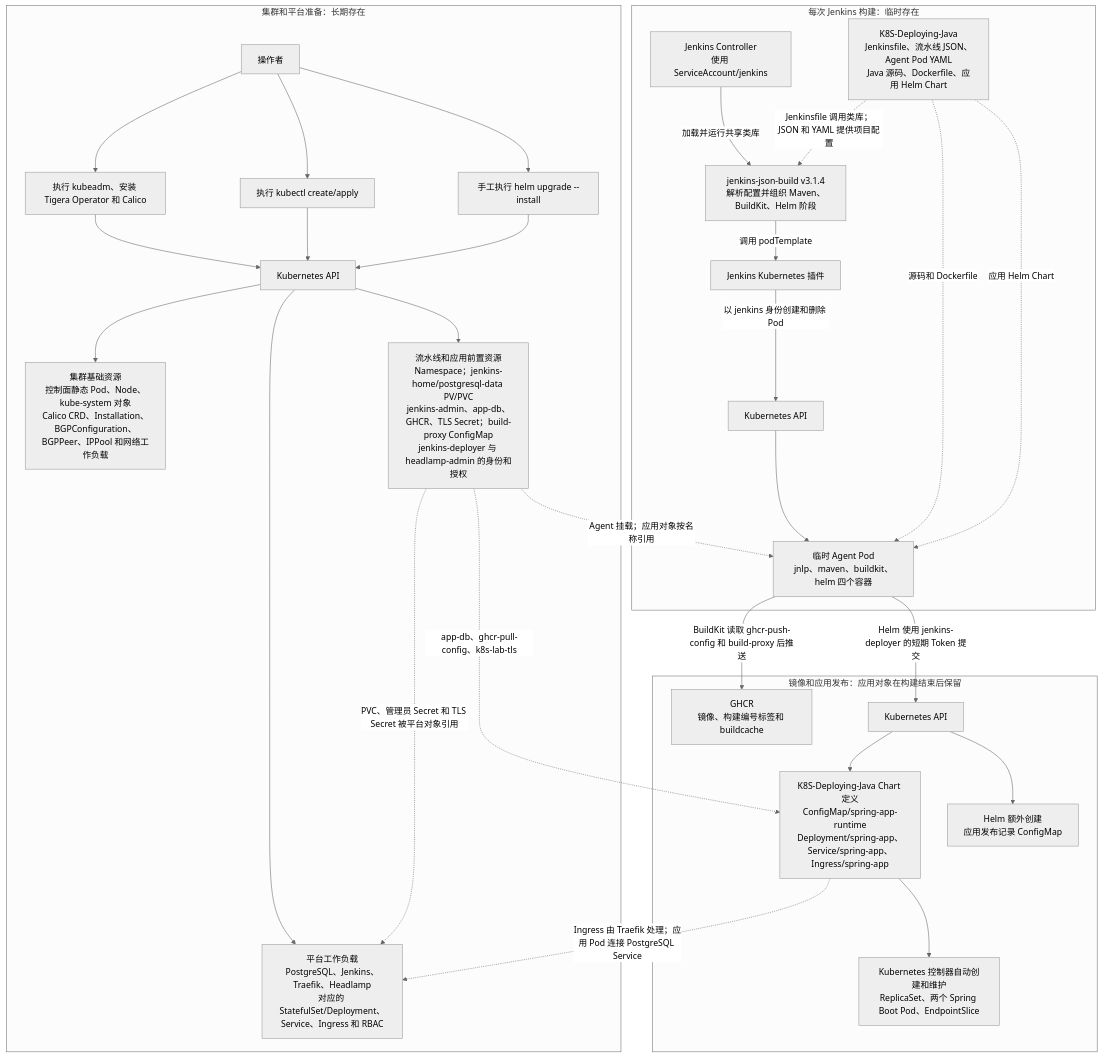
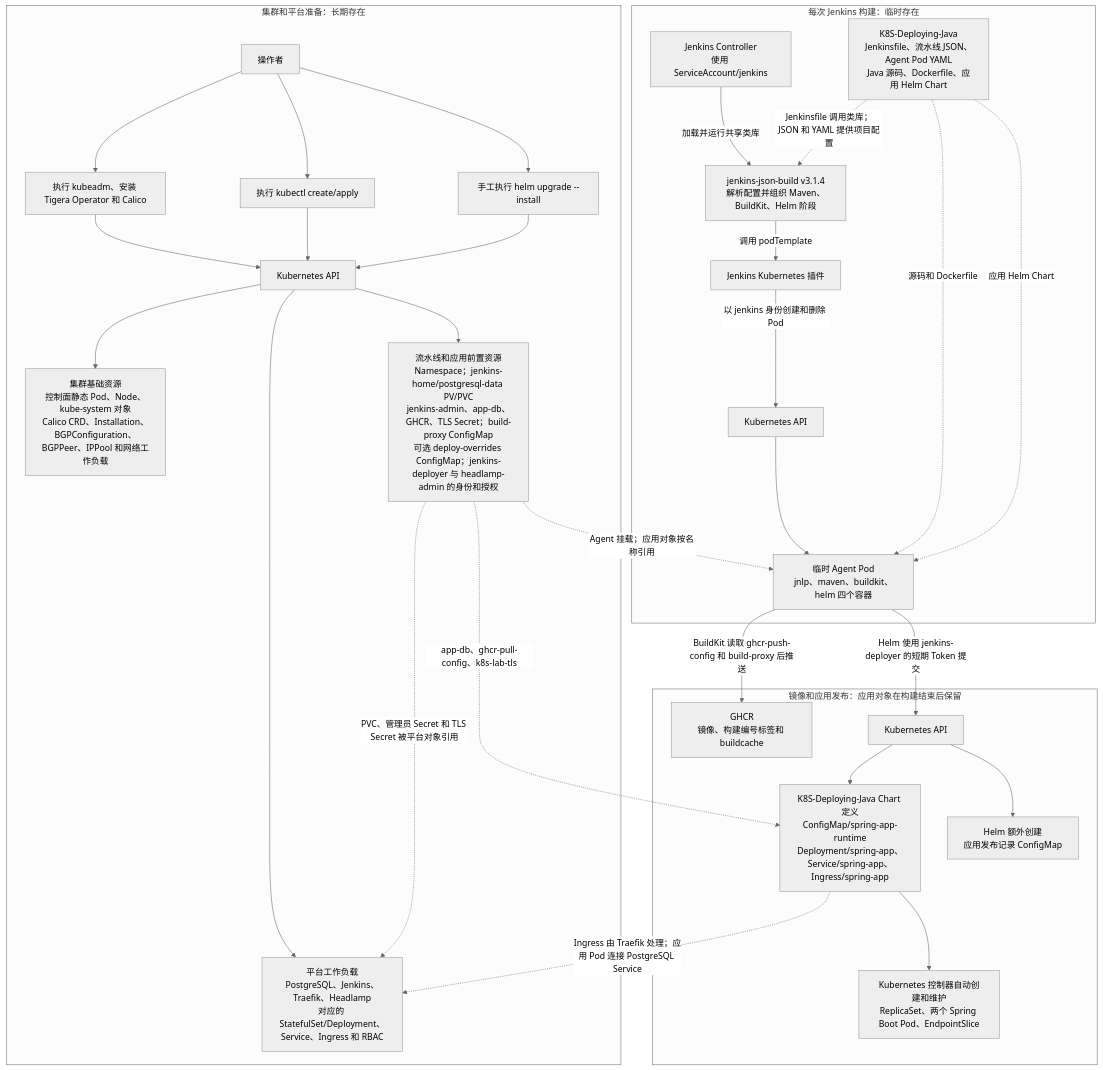
The first of 2 diagrams in kubernetes-jenkins-buildkit-github-springboot3-postgresql-vm-guide.md (sunweisheng/Kubernetes), drawn with Mermaid (neutral theme) before and after one commit. The commit also changed other lines of this file, not shown here.

Commit message:
update kubernetes-jenkins-buildkit-github-springboot3-postgresql-vm-guide

````diff
--- a/kubernetes-jenkins-buildkit-github-springboot3-postgresql-vm-guide.md
+++ b/kubernetes-jenkins-buildkit-github-springboot3-postgresql-vm-guide.md
@@ -89,56 +89,56 @@
 ```mermaid
 flowchart TB
     operator["操作者"]
 
     subgraph prepare["集群和平台准备：长期存在"]
         install["执行 kubeadm、安装 Tigera Operator 和 Calico"]
         manual["执行 kubectl create/apply"]
         platformHelm["手工执行 helm upgrade --install"]
         api1["Kubernetes API"]
         cluster["集群基础资源<br/>控制面静态 Pod、Node、kube-system 对象<br/>Calico CRD、Installation、BGPConfiguration、BGPPeer、IPPool 和网络工作负载"]
-        prereq["流水线和应用前置资源<br/>Namespace；jenkins-home/postgresql-data PV/PVC<br/>jenkins-admin、app-db、GHCR、TLS Secret；build-proxy ConfigMap<br/>jenkins-deployer 与 headlamp-admin 的身份和授权"]
+        prereq["流水线和应用前置资源<br/>Namespace；jenkins-home/postgresql-data PV/PVC<br/>jenkins-admin、app-db、GHCR、TLS Secret；build-proxy ConfigMap<br/>可选 deploy-overrides ConfigMap；jenkins-deployer 与 headlamp-admin 的身份和授权"]
         platform["平台工作负载<br/>PostgreSQL、Jenkins、Traefik、Headlamp<br/>对应的 StatefulSet/Deployment、Service、Ingress 和 RBAC"]
 
         operator --> install --> api1
         operator --> manual --> api1
         operator --> platformHelm --> api1
         api1 --> cluster
         api1 --> prereq
         api1 --> platform
         prereq -.->|"PVC、管理员 Secret 和 TLS Secret 被平台对象引用"| platform
     end
 
     subgraph build["每次 Jenkins 构建：临时存在"]
         appRepo["K8S-Deploying-Java<br/>Jenkinsfile、流水线 JSON、Agent Pod YAML<br/>Java 源码、Dockerfile、应用 Helm Chart"]
         controller["Jenkins Controller<br/>使用 ServiceAccount/jenkins"]
         library["jenkins-json-build v3.1.4<br/>解析配置并组织 Maven、BuildKit、Helm 阶段"]
         plugin["Jenkins Kubernetes 插件"]
         api2["Kubernetes API"]
         agent["临时 Agent Pod<br/>jnlp、maven、buildkit、helm 四个容器"]
 
         controller -->|"加载并运行共享类库"| library
         appRepo -.->|"Jenkinsfile 调用类库；JSON 和 YAML 提供项目配置"| library
         library -->|"调用 podTemplate"| plugin
         plugin -->|"以 jenkins 身份创建和删除 Pod"| api2
         api2 --> agent
     end
 
     subgraph release["镜像和应用发布：应用对象在构建结束后保留"]
         ghcr["GHCR<br/>镜像、构建编号标签和 buildcache"]
         api3["Kubernetes API"]
         chartObjects["K8S-Deploying-Java Chart 定义<br/>ConfigMap/spring-app-runtime<br/>Deployment/spring-app、Service/spring-app、Ingress/spring-app"]
         helmRecord["Helm 额外创建<br/>应用发布记录 ConfigMap"]
         derived["Kubernetes 控制器自动创建和维护<br/>ReplicaSet、两个 Spring Boot Pod、EndpointSlice"]
 
         appRepo -.->|"源码和 Dockerfile"| agent
         appRepo -.->|"应用 Helm Chart"| agent
         agent -->|"BuildKit 读取 ghcr-push-config 和 build-proxy 后推送"| ghcr
         agent -->|"Helm 使用 jenkins-deployer 的短期 Token 提交"| api3
         api3 --> chartObjects
         api3 --> helmRecord
         chartObjects --> derived
         prereq -.->|"Agent 挂载；应用对象按名称引用"| agent
         prereq -.->|"app-db、ghcr-pull-config、k8s-lab-tls"| chartObjects
         chartObjects -.->|"Ingress 由 Traefik 处理；应用 Pod 连接 PostgreSQL Service"| platform
     end
 ```
````
